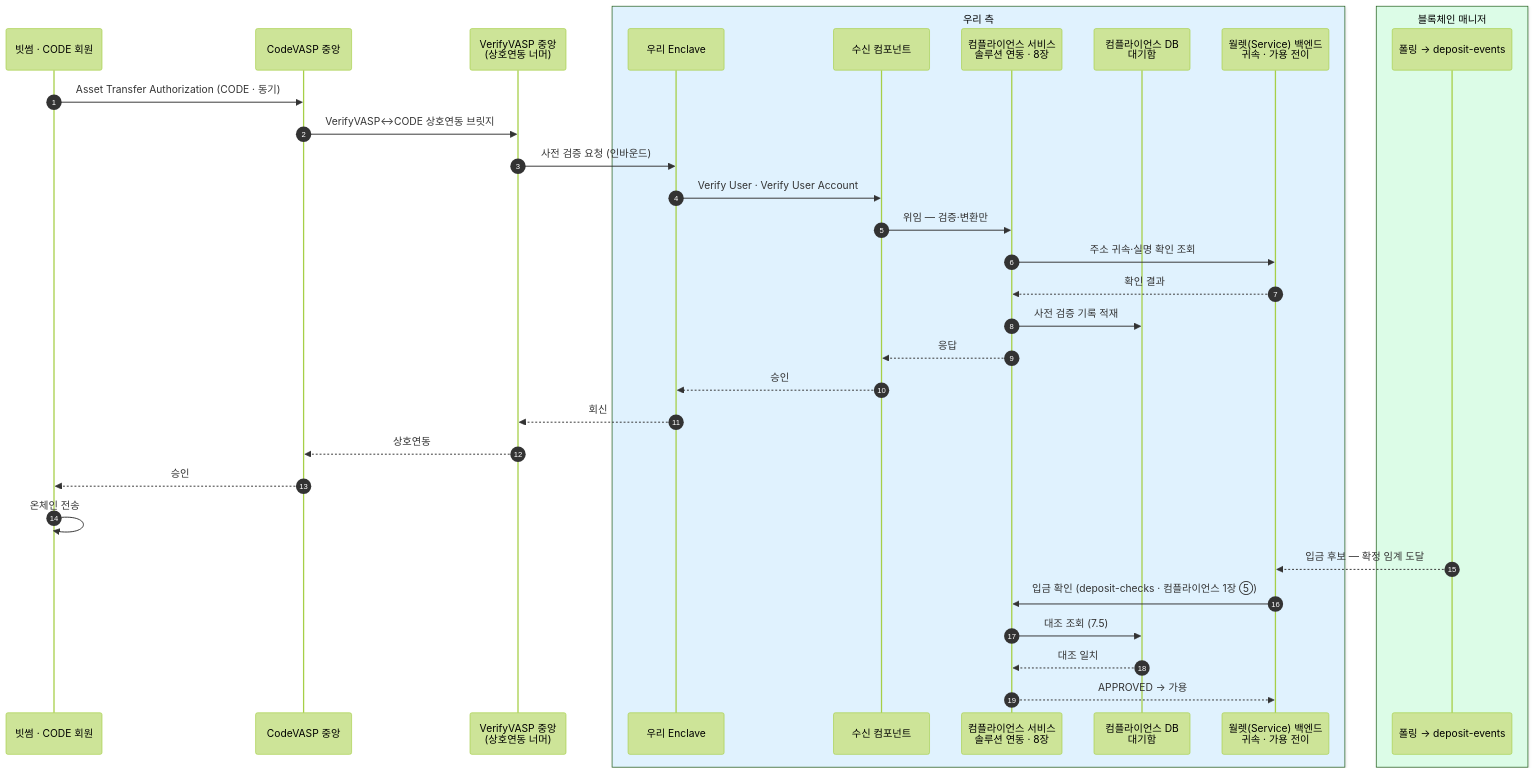
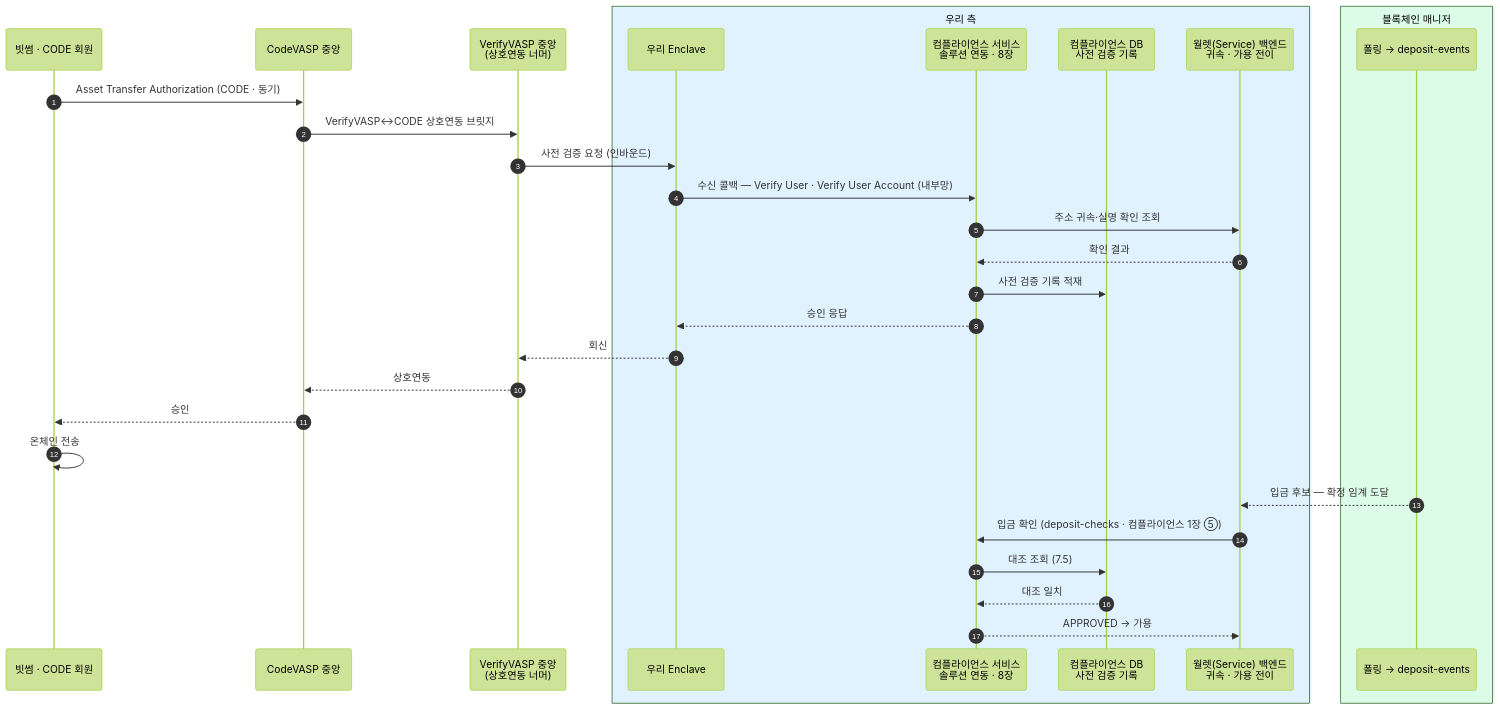
Before and after one commit to eunsujeo/eunpus: the second of 2 diagrams in blockchain-manager/docs/트래블룰/설계/11-appendix-domestic-flows.md, drawn with Mermaid (forest theme). The commit also changed other lines of this file and 23 other files, not shown here.

````diff
--- a/blockchain-manager/docs/트래블룰/설계/11-appendix-domestic-flows.md
+++ b/blockchain-manager/docs/트래블룰/설계/11-appendix-domestic-flows.md
@@ -72,37 +72,34 @@
 ```mermaid
 sequenceDiagram
     autonumber
     participant SV as 빗썸 · CODE 회원
     participant CV as CodeVASP 중앙
     participant HUB as VerifyVASP 중앙<br/>(상호연동 너머)
     box rgb(224,242,254) 우리 측
     participant EN as 우리 Enclave
-    participant RX as 수신 컴포넌트
     participant TR as 컴플라이언스 서비스<br/>솔루션 연동 · 8장
-    participant WQ as 컴플라이언스 DB<br/>대기함
+    participant WQ as 컴플라이언스 DB<br/>사전 검증 기록
     participant BE as 월렛(Service) 백엔드<br/>귀속 · 가용 전이
     end
     box rgb(220,252,231) 블록체인 매니저
     participant BM as 폴링 → deposit-events
     end
 
     SV->>CV: Asset Transfer Authorization (CODE · 동기)
     CV->>HUB: VerifyVASP↔CODE 상호연동 브릿지
     HUB->>EN: 사전 검증 요청 (인바운드)
-    EN->>RX: Verify User · Verify User Account
-    RX->>TR: 위임 — 검증·변환만
+    EN->>TR: 수신 콜백 — Verify User · Verify User Account (내부망)
     TR->>BE: 주소 귀속·실명 확인 조회
     BE-->>TR: 확인 결과
     TR->>WQ: 사전 검증 기록 적재
-    TR-->>RX: 응답
-    RX-->>EN: 승인
+    TR-->>EN: 승인 응답
     EN-->>HUB: 회신
     HUB-->>CV: 상호연동
     CV-->>SV: 승인
     SV->>SV: 온체인 전송
     BM-->>BE: 입금 후보 — 확정 임계 도달
     BE->>TR: 입금 확인 (deposit-checks · 컴플라이언스 1장 ⑤)
     TR->>WQ: 대조 조회 (7.5)
     WQ-->>TR: 대조 일치
     TR-->>BE: APPROVED → 가용
 ```
````
